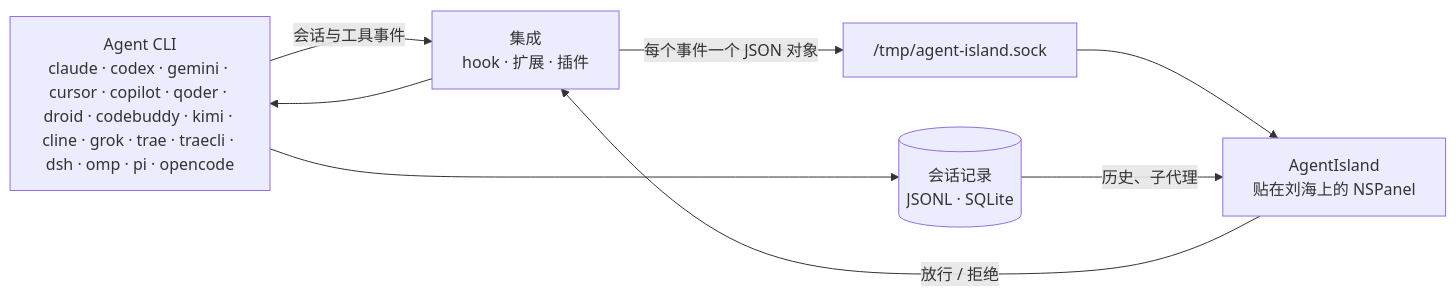
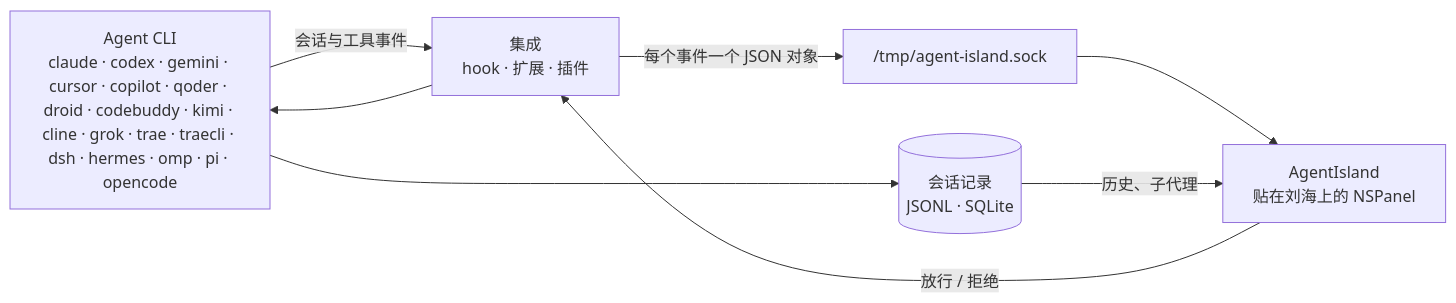
The diagram in README.zh-CN.md (seehar/agent-island), drawn with Mermaid before and after one commit. The commit also changed other lines of this file and 30 other files, not shown here.

First line of the commit message:
feat: 支持第 18 个 Agent —— Hermes（Nous Research）

````diff
--- a/README.zh-CN.md
+++ b/README.zh-CN.md
@@ -165,16 +169,16 @@
 ```mermaid
 flowchart LR
-  CLI["Agent CLI<br/>claude · codex · gemini · cursor · copilot · qoder · droid · codebuddy · kimi · cline · grok · trae · traecli · dsh · omp · pi · opencode"]
+  CLI["Agent CLI<br/>claude · codex · gemini · cursor · copilot · qoder · droid · codebuddy · kimi · cline · grok · trae · traecli · dsh · hermes · omp · pi · opencode"]
   INT["集成<br/>hook · 扩展 · 插件"]
   SOCK["/tmp/agent-island.sock"]
   APP["AgentIsland<br/>贴在刘海上的 NSPanel"]
   REC[("会话记录<br/>JSONL · SQLite")]
 
   CLI -- "会话与工具事件" --> INT
   INT -- "每个事件一个 JSON 对象" --> SOCK
   SOCK --> APP
   CLI --> REC
   REC -- "历史、子代理" --> APP
   APP -- "放行 / 拒绝" --> INT
   INT --> CLI
 ```
````
